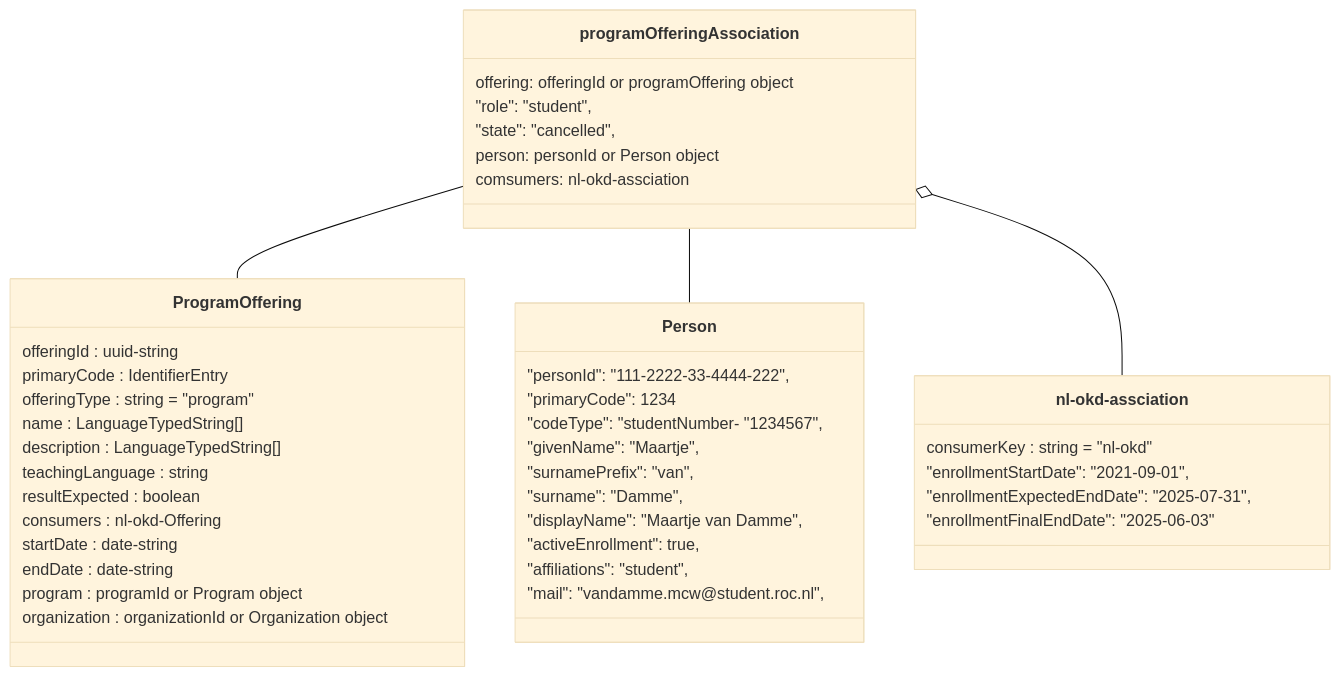
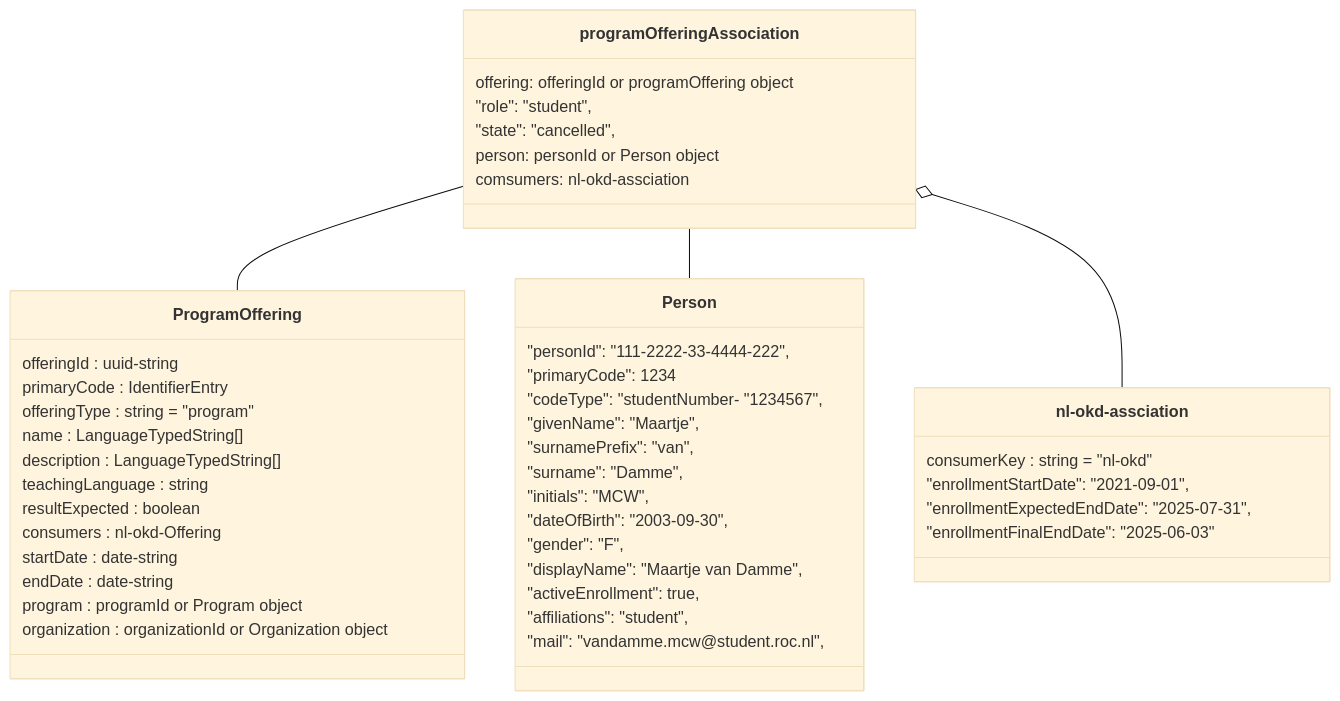
Before and after one commit to Onderwijs-Koppelingen-OKx/OKD-Document-Management: the second of 2 diagrams in doc/flow-5.md, drawn with Mermaid (base theme).

````diff
--- a/doc/flow-5.md
+++ b/doc/flow-5.md
@@ -53,50 +53,53 @@
 ```mermaid
 	classDiagram
 
     class programOfferingAssociation {
         offering: offeringId or programOffering object
         "role": "student",
         "state": "cancelled",
         person: personId or Person object
         comsumers: nl-okd-assciation
     }
     class Person {
         "personId": "111-2222-33-4444-222",
         "primaryCode": 1234
         "codeType": "studentNumber- "1234567",
         "givenName": "Maartje",
         "surnamePrefix": "van",
         "surname": "Damme",
+     	"initials": "MCW",
+		"dateOfBirth": "2003-09-30",
+		"gender": "F",
         "displayName": "Maartje van Damme",
         "activeEnrollment": true,
         "affiliations": "student",
         "mail": "vandamme.mcw\@student.roc.nl",
     }
     class ProgramOffering {
         offeringId : uuid-string
         primaryCode : IdentifierEntry
         offeringType : string = "program"
         name : LanguageTypedString[]
         description : LanguageTypedString[]
         teachingLanguage : string
         resultExpected : boolean
         consumers : nl-okd-Offering
         startDate : date-string
         endDate : date-string
         program : programId or Program object
         organization : organizationId or Organization object
     }
 
     class `nl-okd-assciation` {
         consumerKey : string = "nl-okd"
         "enrollmentStartDate": "2021-09-01", 
         "enrollmentExpectedEndDate": "2025-07-31",
         "enrollmentFinalEndDate": "2025-06-03"
     }
 
     programOfferingAssociation -- ProgramOffering
     programOfferingAssociation -- Person
 
     programOfferingAssociation o-- `nl-okd-assciation`
 
 ```
````
